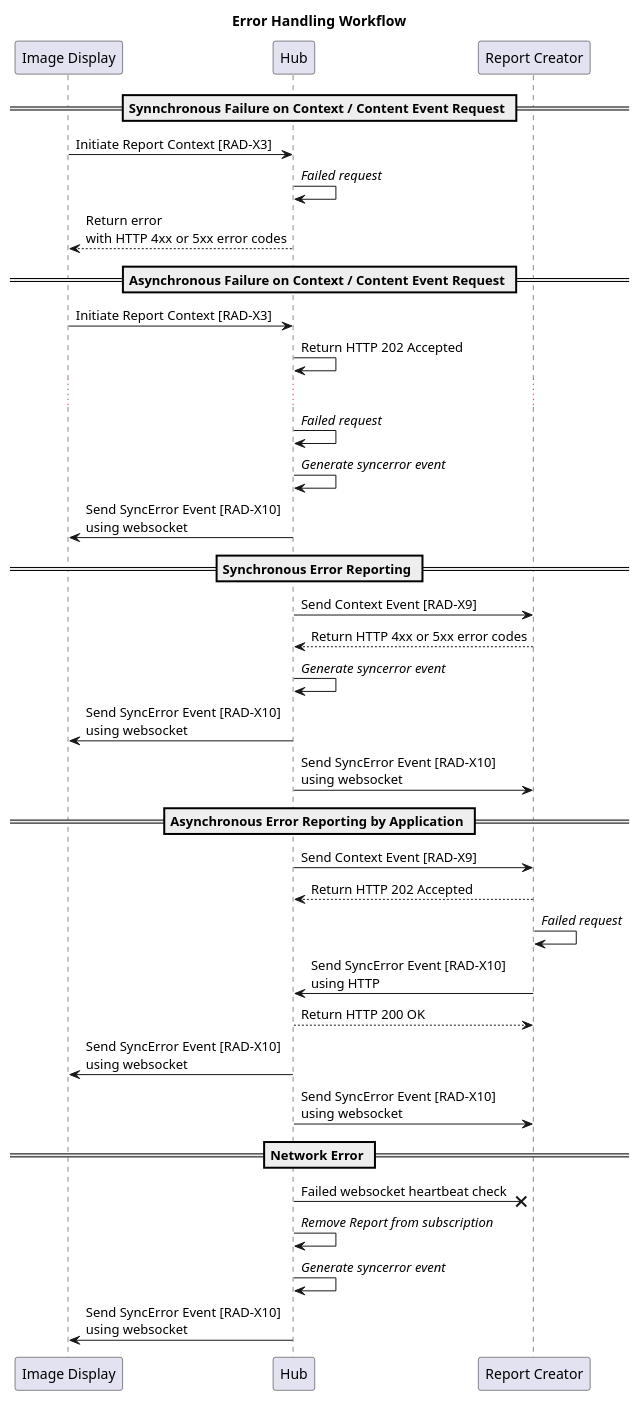
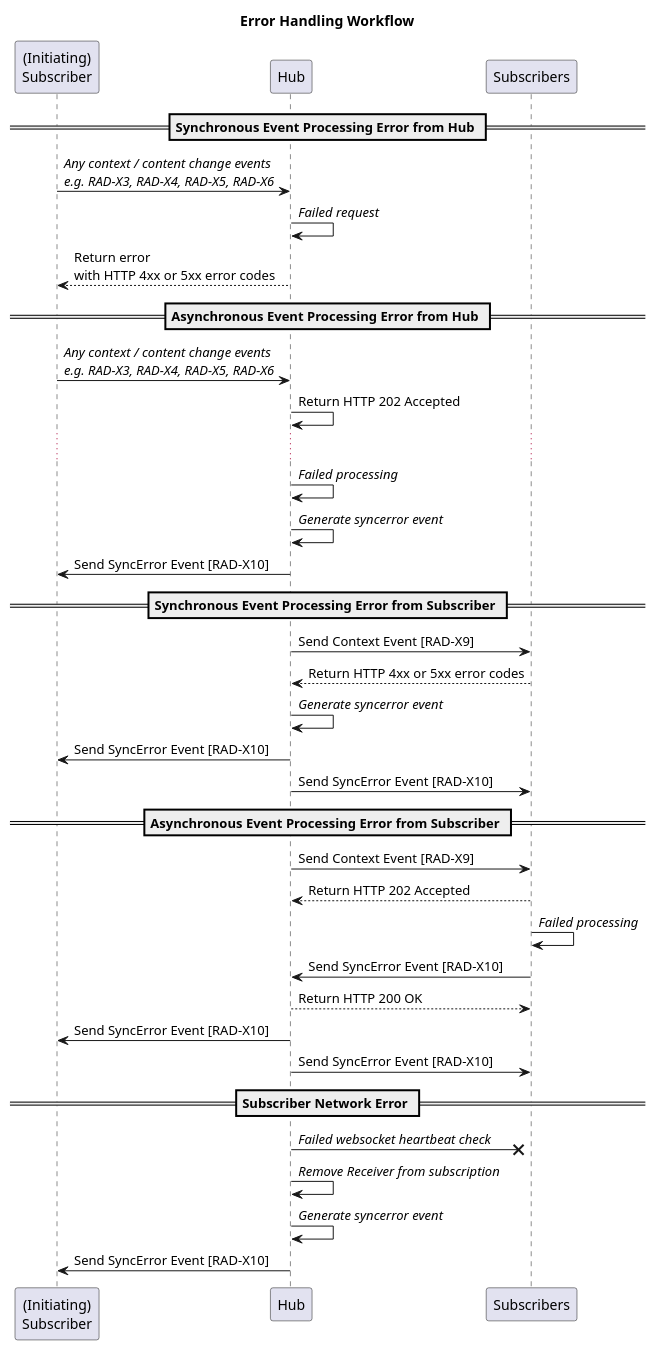
The diagram in input/images-source/syncerror.plantuml (IHE/RAD.IRA), drawn with PlantUML before and after one commit.

Commit message:
Updated to be generic.

```diff
--- a/input/images-source/syncerror.plantuml
+++ b/input/images-source/syncerror.plantuml
@@ -1,46 +1,46 @@
 @startuml syncerror
 
 title Error Handling Workflow
 
-participant "Image Display" as PACS
+participant "(Initiating)\nSubscriber" as Requester
 participant "Hub" as Hub
-participant "Report Creator" as Report
+participant "Subscribers" as Receiver
 
-== Synnchronous Failure on Context / Content Event Request ==
+== Synchronous Event Processing Error from Hub ==
 
-PACS->Hub: Initiate Report Context [RAD-X3]
+Requester->Hub: //Any context / content change events//\n//e.g. RAD-X3, RAD-X4, RAD-X5, RAD-X6//
 Hub->Hub: //Failed request//
-Hub-->PACS: Return error\nwith HTTP 4xx or 5xx error codes
+Hub-->Requester: Return error\nwith HTTP 4xx or 5xx error codes
 
-== Asynchronous Failure on Context / Content Event Request ==
+== Asynchronous Event Processing Error from Hub ==
 
-PACS->Hub: Initiate Report Context [RAD-X3]
+Requester->Hub: //Any context / content change events//\n//e.g. RAD-X3, RAD-X4, RAD-X5, RAD-X6//
 Hub->Hub: Return HTTP 202 Accepted
 ...
-Hub->Hub: //Failed request// 
+Hub->Hub: //Failed processing// 
 Hub->Hub: //Generate syncerror event//
-Hub->PACS: Send SyncError Event [RAD-X10]\nusing websocket
+Hub->Requester: Send SyncError Event [RAD-X10]
 
-== Synchronous Error Reporting ==
-Hub->Report: Send Context Event [RAD-X9]
-Report-->Hub: Return HTTP 4xx or 5xx error codes
+== Synchronous Event Processing Error from Subscriber ==
+Hub->Receiver: Send Context Event [RAD-X9]
+Receiver-->Hub: Return HTTP 4xx or 5xx error codes
 Hub->Hub: //Generate syncerror event//
-Hub->PACS: Send SyncError Event [RAD-X10]\nusing websocket
-Hub->Report: Send SyncError Event [RAD-X10]\nusing websocket
+Hub->Requester: Send SyncError Event [RAD-X10]
+Hub->Receiver: Send SyncError Event [RAD-X10]
 
-== Asynchronous Error Reporting by Application ==
-Hub->Report: Send Context Event [RAD-X9]
-Report-->Hub: Return HTTP 202 Accepted
-Report->Report: //Failed request//
-Report->Hub: Send SyncError Event [RAD-X10]\nusing HTTP
-Hub-->Report: Return HTTP 200 OK
-Hub->PACS: Send SyncError Event [RAD-X10]\nusing websocket
-Hub->Report: Send SyncError Event [RAD-X10]\nusing websocket
+== Asynchronous Event Processing Error from Subscriber ==
+Hub->Receiver: Send Context Event [RAD-X9]
+Receiver-->Hub: Return HTTP 202 Accepted
+Receiver->Receiver: //Failed processing//
+Receiver->Hub: Send SyncError Event [RAD-X10]
+Hub-->Receiver: Return HTTP 200 OK
+Hub->Requester: Send SyncError Event [RAD-X10]
+Hub->Receiver: Send SyncError Event [RAD-X10]
 
-== Network Error ==
-Hub->x Report: Failed websocket heartbeat check
-Hub->Hub: //Remove Report from subscription//
+== Subscriber Network Error ==
+Hub->x Receiver: //Failed websocket heartbeat check//
+Hub->Hub: //Remove Receiver from subscription//
 Hub->Hub: //Generate syncerror event//
-Hub->PACS: Send SyncError Event [RAD-X10]\nusing websocket
+Hub->Requester: Send SyncError Event [RAD-X10]
 
 @enduml
```
